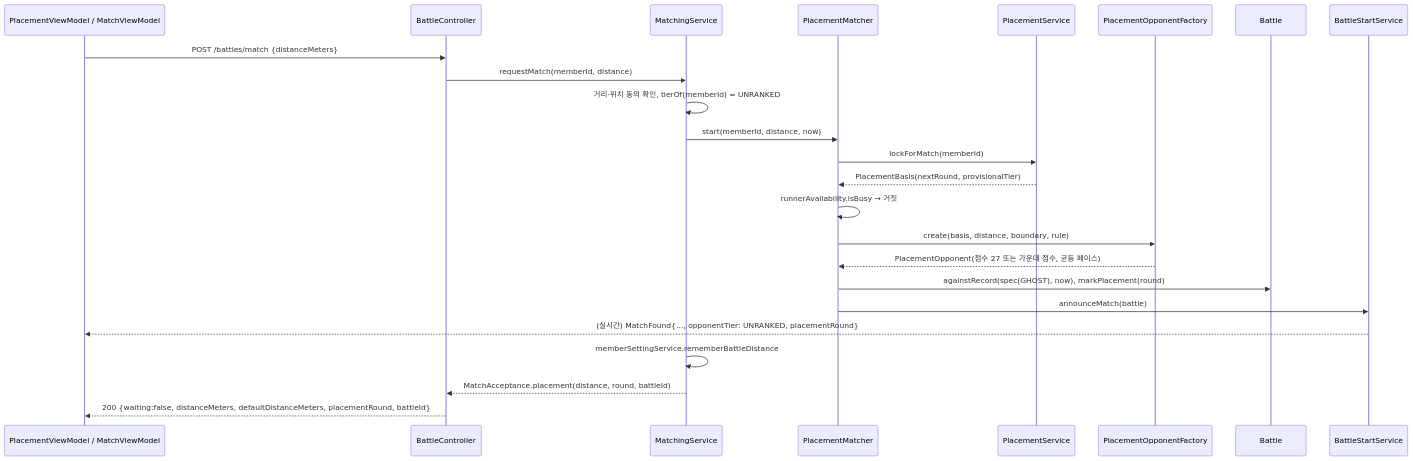
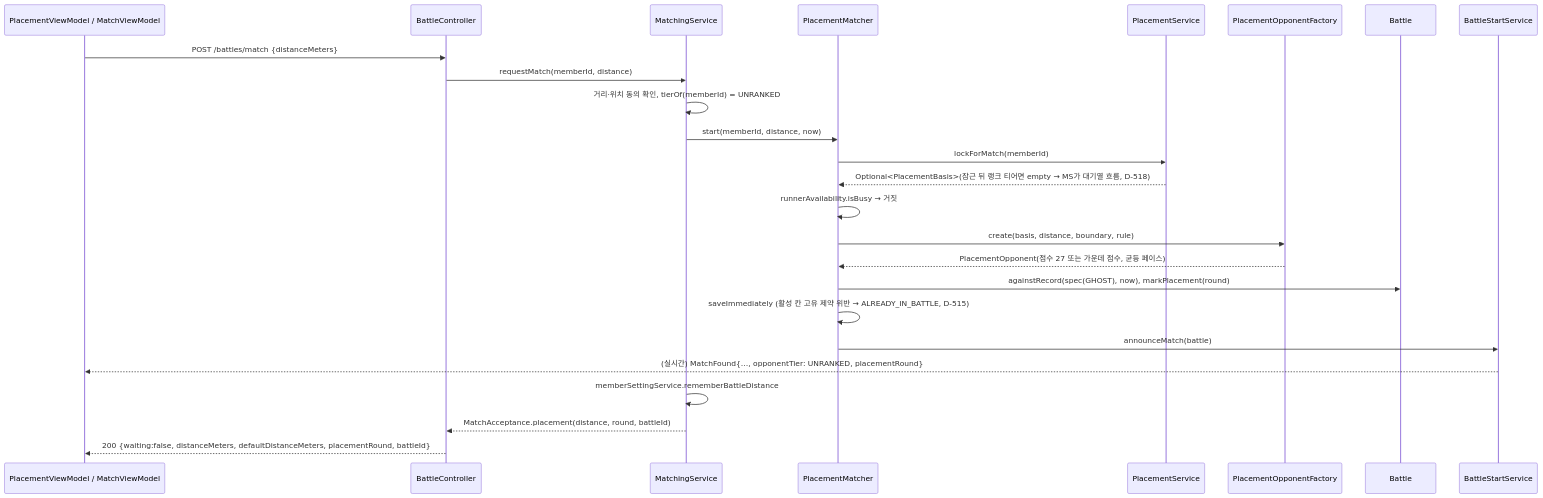
One commit to SeoooooNyeong/RunKK changed the first of 4 diagrams in docs/sw/design-oo/05-21-설계-배치고사-화면개편-성.md. Above: the diagram before and after it, drawn with Mermaid. The commit also changed other lines of this file and 8 other files, not shown here.

````diff
--- a/docs/sw/design-oo/05-21-설계-배치고사-화면개편-성.md
+++ b/docs/sw/design-oo/05-21-설계-배치고사-화면개편-성.md
@@ -210,26 +237,27 @@
 ```mermaid
 sequenceDiagram
     participant VM as PlacementViewModel / MatchViewModel
     participant API as BattleController
     participant MS as MatchingService
     participant PM as PlacementMatcher
     participant PS as PlacementService
     participant F as PlacementOpponentFactory
     participant B as Battle
     participant BS as BattleStartService
     VM->>API: POST /battles/match {distanceMeters}
     API->>MS: requestMatch(memberId, distance)
     MS->>MS: 거리·위치 동의 확인, tierOf(memberId) = UNRANKED
     MS->>PM: start(memberId, distance, now)
     PM->>PS: lockForMatch(memberId)
-    PS-->>PM: PlacementBasis(nextRound, provisionalTier)
+    PS-->>PM: Optional<PlacementBasis>(잠근 뒤 랭크 티어면 empty → MS가 대기열 흐름, D-518)
     PM->>PM: runnerAvailability.isBusy → 거짓
     PM->>F: create(basis, distance, boundary, rule)
     F-->>PM: PlacementOpponent(점수 27 또는 가운데 점수, 균등 페이스)
     PM->>B: againstRecord(spec(GHOST), now), markPlacement(round)
+    PM->>PM: saveImmediately (활성 칸 고유 제약 위반 → ALREADY_IN_BATTLE, D-515)
     PM->>BS: announceMatch(battle)
     BS-->>VM: (실시간) MatchFound{…, opponentTier: UNRANKED, placementRound}
     MS->>MS: memberSettingService.rememberBattleDistance
     MS-->>API: MatchAcceptance.placement(distance, round, battleId)
     API-->>VM: 200 {waiting:false, distanceMeters, defaultDistanceMeters, placementRound, battleId}
 ```
````
